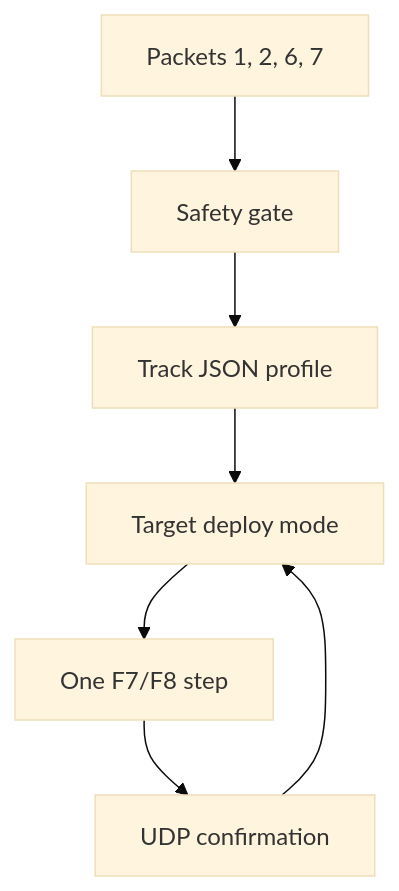
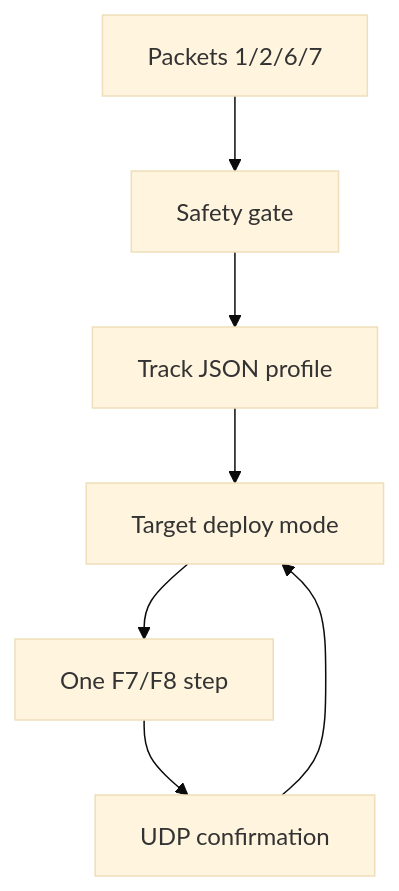
Before and after one commit to Ender168/F1_Telemetry_Lab: the third of 3 diagrams in docs/ARCHITECTURE.md, drawn with Mermaid (base theme). The commit also changed other lines of this file and 38 other files, not shown here.

````diff
--- a/docs/ARCHITECTURE.md
+++ b/docs/ARCHITECTURE.md
@@ -25,9 +43,9 @@
 ```mermaid
 flowchart TD
-    P["Packets 1, 2, 6, 7"] --> SAFE["Safety gate"]
+    P["Packets 1/2/6/7"] --> SAFE["Safety gate"]
     SAFE --> RULE["Track JSON profile"]
     RULE --> TARGET["Target deploy mode"]
     TARGET --> TAP["One F7/F8 step"]
     TAP --> CONFIRM["UDP confirmation"]
     CONFIRM --> TARGET
 ```
````
